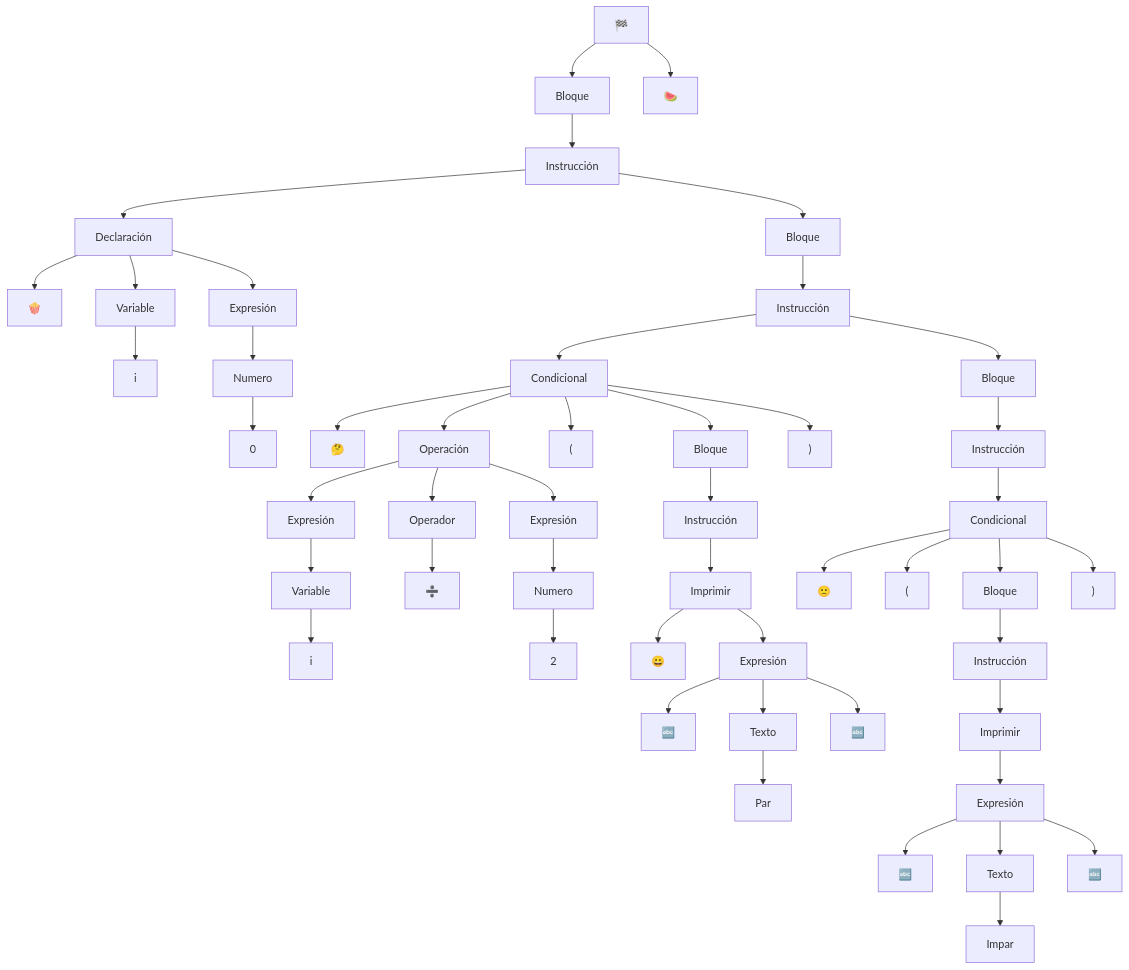
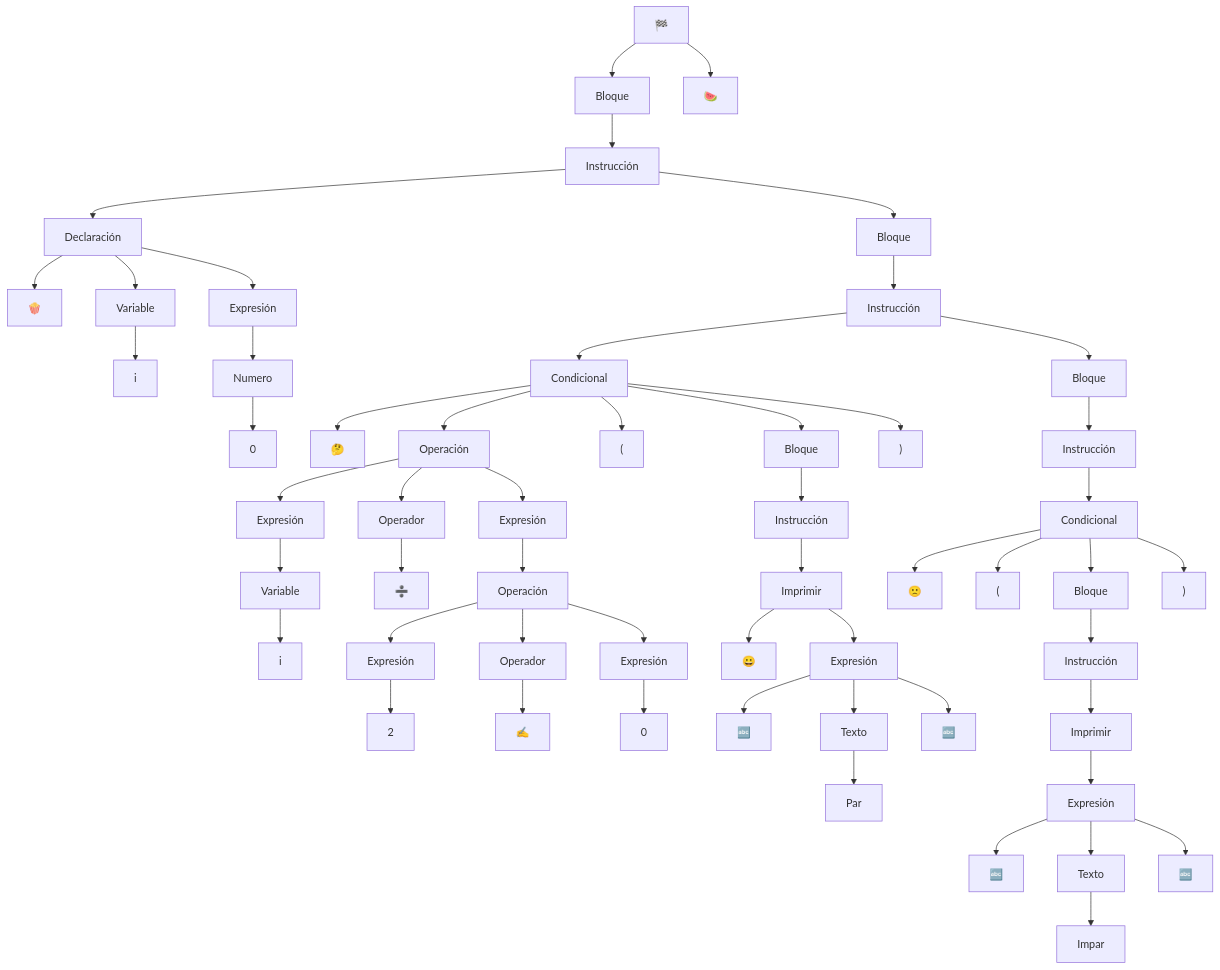
The second of 2 diagrams in README.md (AgusCuevas/Caracteristicas_Lenguajes_Programacion), drawn with Mermaid before and after one commit. The commit also changed other lines of this file, not shown here.

````diff
--- a/README.md
+++ b/README.md
@@ -222,62 +233,66 @@
 ``` mermaid
 graph TD
     START[🏁] --> B1[Bloque]
     
     B1 --> I1[Instrucción]
     I1 --> D1[Declaración]
     D1 --> POP[🍿]
     D1 --> VAR[Variable]
     VAR --> i[i]
     D1 --> EXPR1[Expresión]
     EXPR1 --> NUM[Numero]
     NUM --> cero[0]
     
     I1 --> B2[Bloque]
     B2 --> I2[Instrucción]
     I2 --> C1[Condicional]
     C1 --> emoji1[🤔]
     
     C1 --> OP1[Operación]
     OP1 --> EXPR2[Expresión]
     EXPR2 --> VAR2[Variable]
     VAR2 --> i2[i]
     OP1 --> OPER[Operador]
     OPER --> div[➗]
-    OP1 --> EXPR3[Expresión]
-    EXPR3 --> NUM2[Numero]
-    NUM2 --> dos[2]
-    
+    OP1 --> EX2[Expresión]
+    EX2 --> OP2[Operación]
+    OP2 --> EXPR6[Expresión]
+    EXPR6 --> DOS[2]
+    OP2 --> OPER2[Operador]
+    OPER2 --> igu["✍️"]
+    OP2 --> EXPR7[Expresión]
+    EXPR7 --> CERO[0]
     C1 --> parIzq1["("]
     
     C1 --> B3[Bloque]
     B3 --> I3[Instrucción]
     I3 --> IMP1[Imprimir]
     IMP1 --> emoji2[😀]
     IMP1 --> EXPR4[Expresión]
     EXPR4 --> comilla1[🔤]
     EXPR4 --> TXT1[Texto]
     TXT1 --> par["Par"]
     EXPR4 --> comilla2[🔤]
     
     C1 --> parDer1[")"]
     
     I2 --> B4[Bloque]
     B4 --> I4[Instrucción]
     I4 --> C2[Condicional]
     C2 --> emoji3[🙁]
     
     C2 --> parIzq2["("]
     
     C2 --> B5[Bloque]
     B5 --> I5[Instrucción]
     I5 --> IMP2[Imprimir]
     IMP2 --> EXPR5[Expresión]
     EXPR5 --> comilla3[🔤]
     EXPR5 --> TXT2[Texto]
     TXT2 --> impar["Impar"]
     EXPR5 --> comilla4[🔤]
     
     C2 --> parDer2[")"]
     
     START --> END[🍉]
 ```
````
